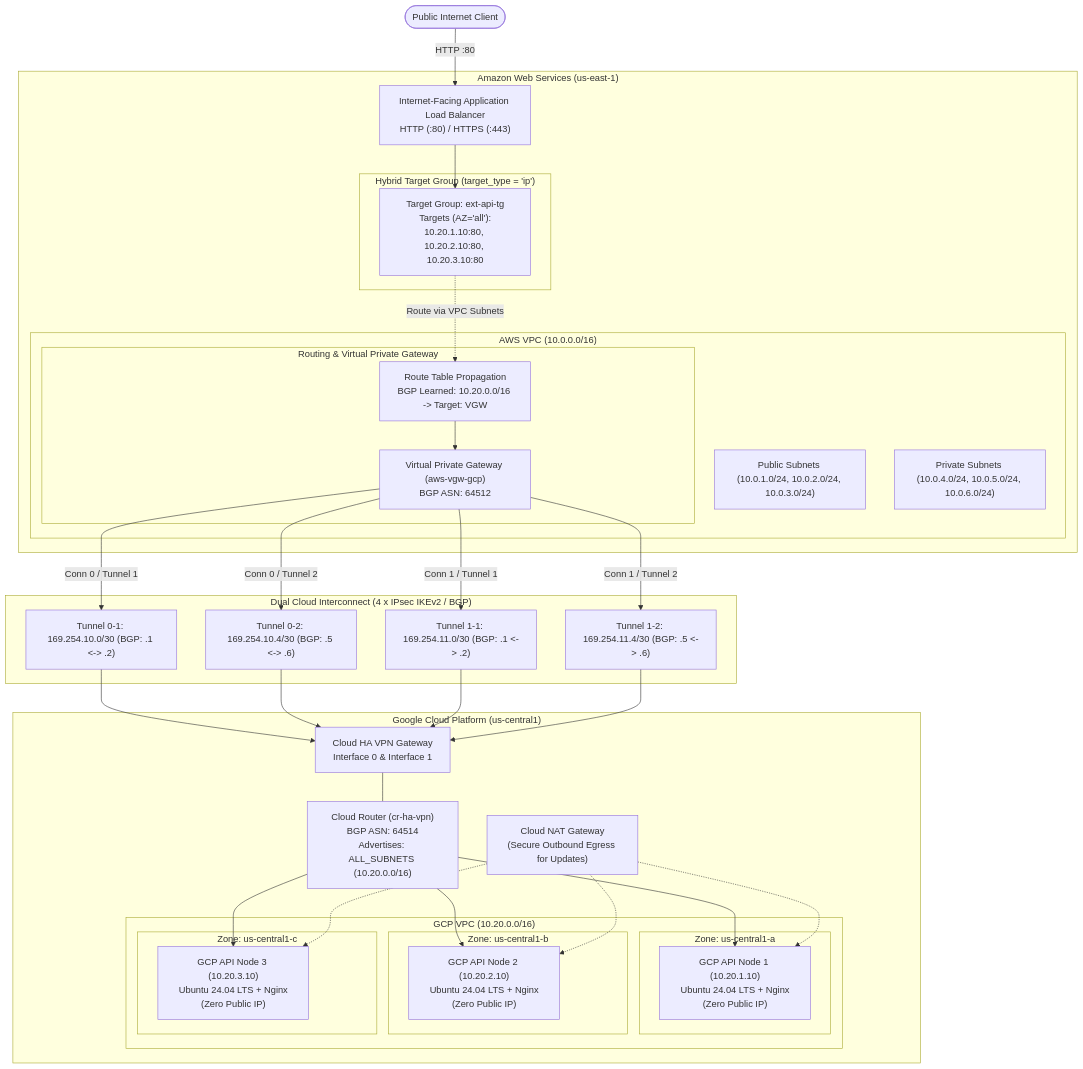
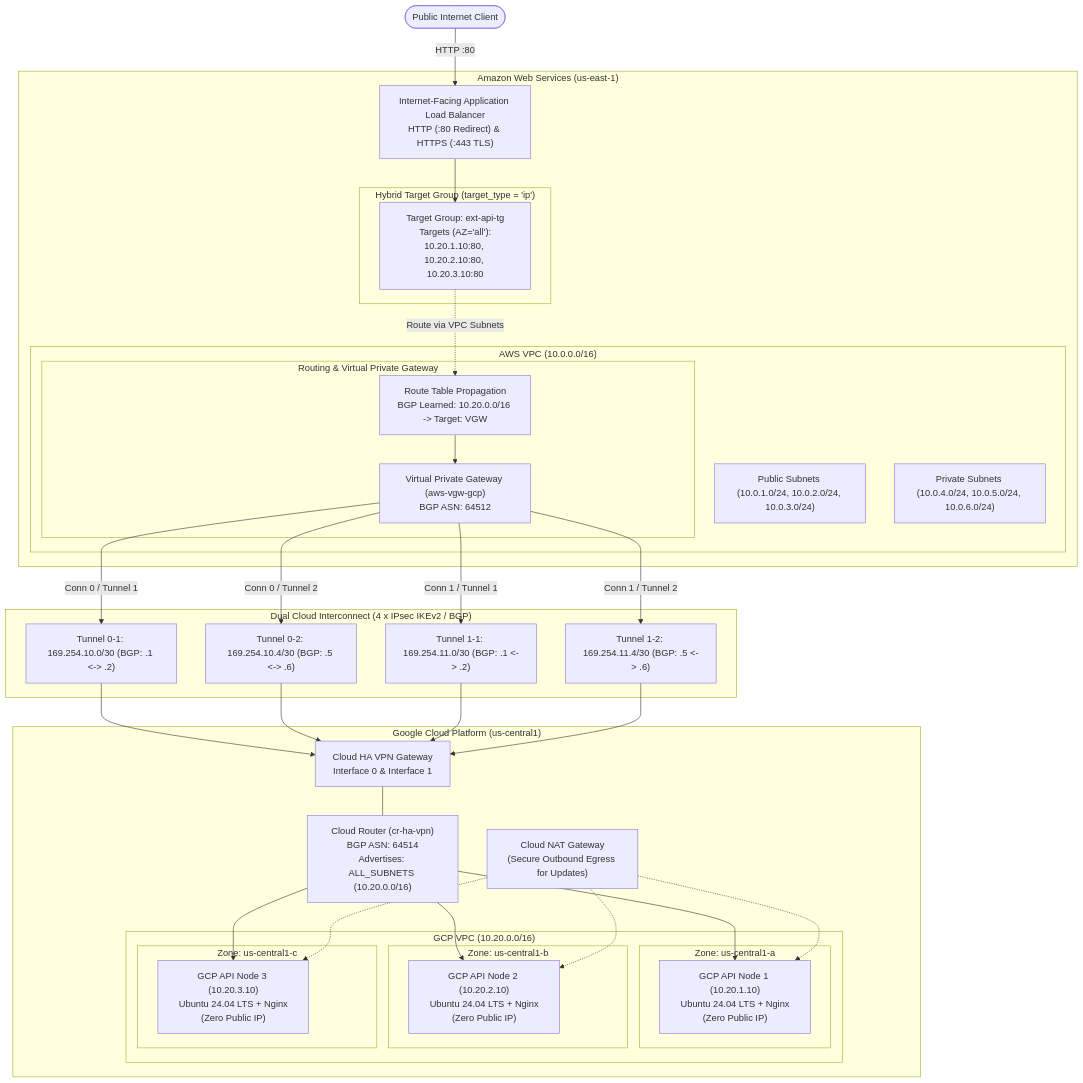
One commit to mmdcloud/aws-lb-private-external-api changed the diagram in README.md. Above: the diagram before and after it, drawn with Mermaid. The commit also changed other lines of this file and 2 other files, not shown here.

Commit message:
feat: enhance test command and README to reflect end-to-end HTTPS traffic and HTTP to HTTPS redirection for AWS ALB

````diff
--- a/README.md
+++ b/README.md
@@ -40,70 +40,70 @@
 ```mermaid
 flowchart TD
     Client(["Public Internet Client"])
 
     subgraph AWS["Amazon Web Services (us-east-1)"]
-        ALB["Internet-Facing Application Load Balancer<br/>HTTP (:80) / HTTPS (:443)"]
+        ALB["Internet-Facing Application Load Balancer<br/>HTTP (:80 Redirect) & HTTPS (:443 TLS)"]
         
         subgraph AWS_TG["Hybrid Target Group (target_type = 'ip')"]
             TG["Target Group: ext-api-tg<br/>Targets (AZ='all'):<br/>10.20.1.10:80, 10.20.2.10:80, 10.20.3.10:80"]
         end
 
         subgraph AWS_VPC["AWS VPC (10.0.0.0/16)"]
             PubSubnets["Public Subnets (10.0.1.0/24, 10.0.2.0/24, 10.0.3.0/24)"]
             PrivSubnets["Private Subnets (10.0.4.0/24, 10.0.5.0/24, 10.0.6.0/24)"]
             
             subgraph AWS_ROUTING["Routing & Virtual Private Gateway"]
                 VGW["Virtual Private Gateway (aws-vgw-gcp)<br/>BGP ASN: 64512"]
                 AWSRoutes["Route Table Propagation<br/>BGP Learned: 10.20.0.0/16 -> Target: VGW"]
             end
         end
     end
 
     subgraph WAN["Dual Cloud Interconnect (4 x IPsec IKEv2 / BGP)"]
         T01["Tunnel 0-1: 169.254.10.0/30 (BGP: .1 <-> .2)"]
         T02["Tunnel 0-2: 169.254.10.4/30 (BGP: .5 <-> .6)"]
         T11["Tunnel 1-1: 169.254.11.0/30 (BGP: .1 <-> .2)"]
         T12["Tunnel 1-2: 169.254.11.4/30 (BGP: .5 <-> .6)"]
     end
 
     subgraph GCP["Google Cloud Platform (us-central1)"]
         HAVPNGw["Cloud HA VPN Gateway<br/>Interface 0 & Interface 1"]
         CloudRouter["Cloud Router (cr-ha-vpn)<br/>BGP ASN: 64514<br/>Advertises: ALL_SUBNETS (10.20.0.0/16)"]
         CloudNAT["Cloud NAT Gateway<br/>(Secure Outbound Egress for Updates)"]
 
         subgraph GCP_VPC["GCP VPC (10.20.0.0/16)"]
             subgraph GCP_Z1["Zone: us-central1-a"]
                 GCP_VM1["GCP API Node 1 (10.20.1.10)<br/>Ubuntu 24.04 LTS + Nginx<br/>(Zero Public IP)"]
             end
             subgraph GCP_Z2["Zone: us-central1-b"]
                 GCP_VM2["GCP API Node 2 (10.20.2.10)<br/>Ubuntu 24.04 LTS + Nginx<br/>(Zero Public IP)"]
             end
             subgraph GCP_Z3["Zone: us-central1-c"]
                 GCP_VM3["GCP API Node 3 (10.20.3.10)<br/>Ubuntu 24.04 LTS + Nginx<br/>(Zero Public IP)"]
             end
         end
     end
 
     Client -->|HTTP :80| ALB
     ALB --> TG
     TG -.->|Route via VPC Subnets| AWSRoutes
     AWSRoutes --> VGW
 
     VGW -->|Conn 0 / Tunnel 1| T01
     VGW -->|Conn 0 / Tunnel 2| T02
     VGW -->|Conn 1 / Tunnel 1| T11
     VGW -->|Conn 1 / Tunnel 2| T12
 
     T01 --> HAVPNGw
     T02 --> HAVPNGw
     T11 --> HAVPNGw
     T12 --> HAVPNGw
 
     HAVPNGw --- CloudRouter
     CloudRouter --> GCP_VM1
     CloudRouter --> GCP_VM2
     CloudRouter --> GCP_VM3
     CloudNAT -.-> GCP_VM1
     CloudNAT -.-> GCP_VM2
     CloudNAT -.-> GCP_VM3
 ```
````
